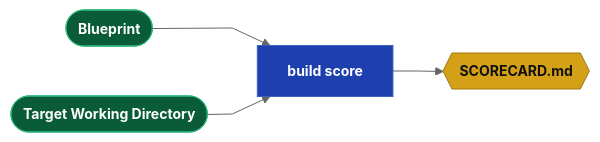
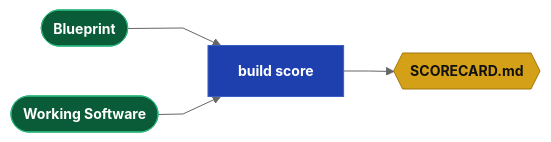
One commit to webcloudstudio/Drydock changed the fifth of 8 diagrams in docs/Drydock_Specification.md. Above: the diagram before and after it, drawn with Mermaid. The commit also changed other lines of this file and 4 other files, not shown here.

````diff
--- a/docs/Drydock_Specification.md
+++ b/docs/Drydock_Specification.md
@@ -434,14 +442,14 @@
 ```mermaid
 %%{init: {'theme': 'neutral', 'flowchart': {'curve': 'linear'}, 'themeVariables': {'fontSize': '14px'}}}%%
 flowchart LR
   classDef dir    fill:#0a5c38,stroke:#2cb67d,color:#fff,font-weight:bold
   classDef md     fill:#d4a017,stroke:#a07810,color:#111,font-weight:bold
   classDef script fill:#1e40af,stroke:#3b5fc0,color:#fff,font-weight:bold
   classDef prompt fill:#c2410c,stroke:#ea580c,color:#fff,font-weight:bold
   classDef output fill:#6d28d9,stroke:#8b5cf6,color:#fff,font-weight:bold
   classDef web    fill:#be123c,stroke:#fb7185,color:#fff,font-weight:bold
 
   SPEC(["Blueprint"]):::dir --> SCORE["build score"]:::script
-  TGT(["Target Working Directory"]):::dir --> SCORE
+  TGT(["Working Software"]):::dir --> SCORE
   SCORE --> SC{{"SCORECARD.md"}}:::md
 ```
````
